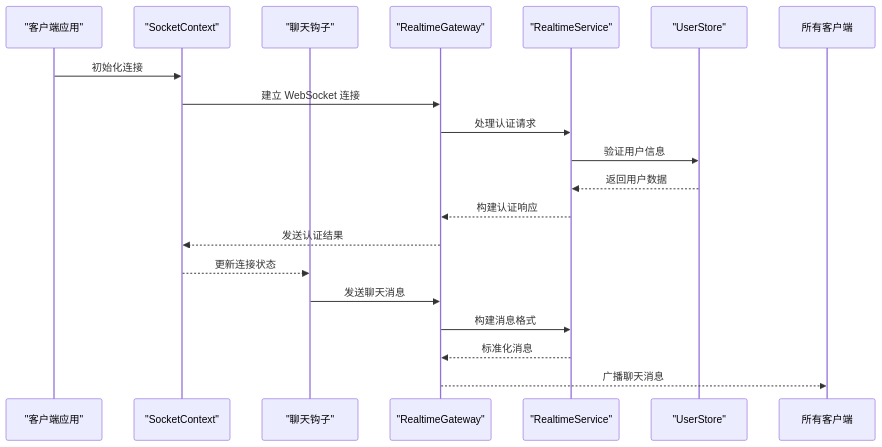
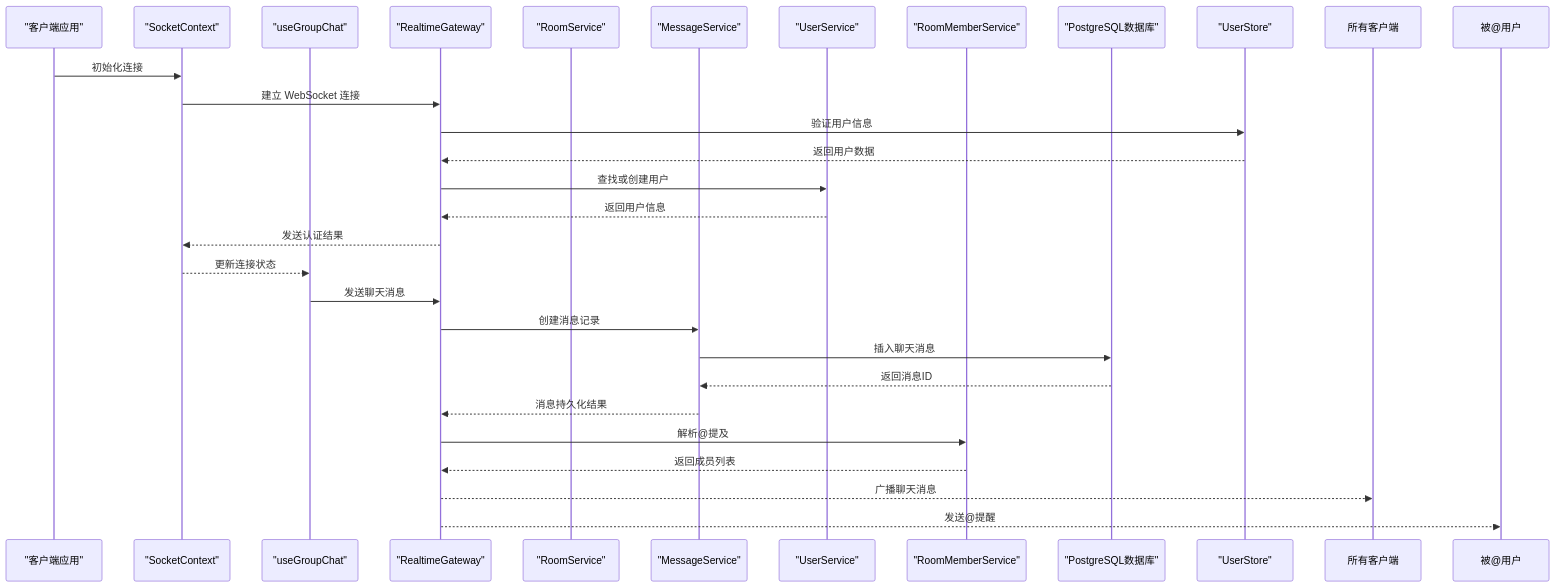
The second of 7 diagrams in .qoder/repowiki/zh/content/数据库集成/API 接口设计/Socket 通信 API.md (HAOFUYANG/nextjs-admin), drawn with Mermaid before and after one commit. The commit also changed other lines of this file and 36 other files, not shown here.

````diff
--- a/.qoder/repowiki/zh/content/数据库集成/API 接口设计/Socket 通信 API.md
+++ b/.qoder/repowiki/zh/content/数据库集成/API 接口设计/Socket 通信 API.md
@@ -124,21 +168,30 @@
 ```mermaid
 sequenceDiagram
 participant Client as "客户端应用"
 participant SocketCtx as "SocketContext"
-participant ChatHook as "聊天钩子"
+participant ChatHook as "useGroupChat"
 participant Gateway as "RealtimeGateway"
-participant Service as "RealtimeService"
+participant RoomService as "RoomService"
+participant MessageService as "MessageService"
+participant UserService as "UserService"
+participant RoomMemberService as "RoomMemberService"
+participant DB as "PostgreSQL数据库"
 participant Store as "UserStore"
 Client->>SocketCtx : 初始化连接
 SocketCtx->>Gateway : 建立 WebSocket 连接
-Gateway->>Service : 处理认证请求
-Service->>Store : 验证用户信息
-Store-->>Service : 返回用户数据
-Service-->>Gateway : 构建认证响应
+Gateway->>Store : 验证用户信息
+Store-->>Gateway : 返回用户数据
+Gateway->>UserService : 查找或创建用户
+UserService-->>Gateway : 返回用户信息
 Gateway-->>SocketCtx : 发送认证结果
 SocketCtx-->>ChatHook : 更新连接状态
 ChatHook->>Gateway : 发送聊天消息
-Gateway->>Service : 构建消息格式
-Service-->>Gateway : 标准化消息
+Gateway->>MessageService : 创建消息记录
+MessageService->>DB : 插入聊天消息
+DB-->>MessageService : 返回消息ID
+MessageService-->>Gateway : 消息持久化结果
+Gateway->>RoomMemberService : 解析@提及
+RoomMemberService-->>Gateway : 返回成员列表
 Gateway-->>所有客户端 : 广播聊天消息
+Gateway-->>被@用户 : 发送@提醒
 ```
````
